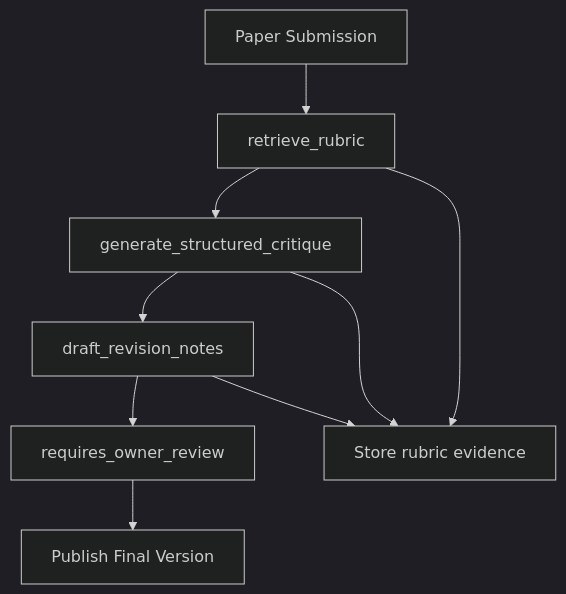
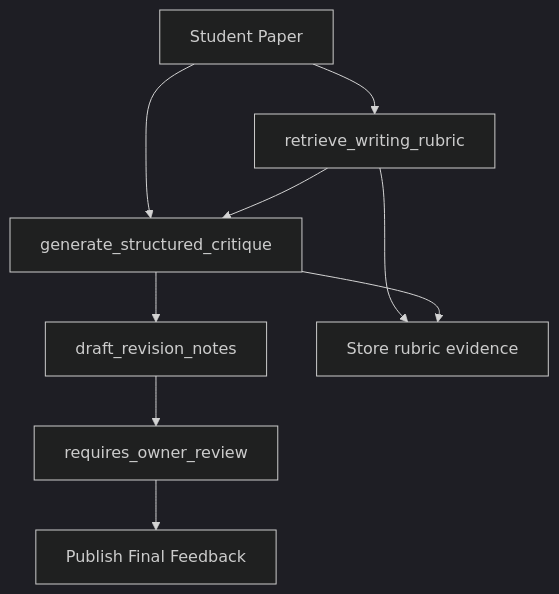
One commit to intellistream/sage-mate changed diagram 11 of 12 in .qoder/repowiki/en/content/Integration and Extensions/Capability Plugin System.md. Above: the diagram before and after it, drawn with Mermaid (dark theme). The commit also changed other lines of this file and 136 other files, not shown here.

First line of the commit message:
chore: source updates, bidirectional link graph, data and repowiki refresh

````diff
--- a/.qoder/repowiki/en/content/Integration and Extensions/Capability Plugin System.md
+++ b/.qoder/repowiki/en/content/Integration and Extensions/Capability Plugin System.md
@@ -332,11 +551,11 @@
 ```mermaid
 flowchart TD
-Input[Paper Submission] --> RubricLookup["retrieve_rubric"]
-RubricLookup --> GenerateCritique["generate_structured_critique"]
-GenerateCritique --> DraftRevision["draft_revision_notes"]
-DraftRevision --> OwnerReview["requires_owner_review"]
-OwnerReview --> Publish["Publish Final Version"]
-RubricLookup --> StoreEvidence["Store rubric evidence"]
-GenerateCritique --> StoreEvidence
-DraftRevision --> StoreEvidence
+PaperSubmission[Student Paper] --> WritingRubric["retrieve_writing_rubric"]
+PaperSubmission --> StructuredCritique["generate_structured_critique"]
+WritingRubric --> StructuredCritique
+StructuredCritique --> RevisionNotes["draft_revision_notes"]
+WritingRubric --> StoreEvidence["Store rubric evidence"]
+StructuredCritique --> StoreEvidence
+RevisionNotes --> OwnerReview["requires_owner_review"]
+OwnerReview --> Publish["Publish Final Feedback"]
 ```
````
